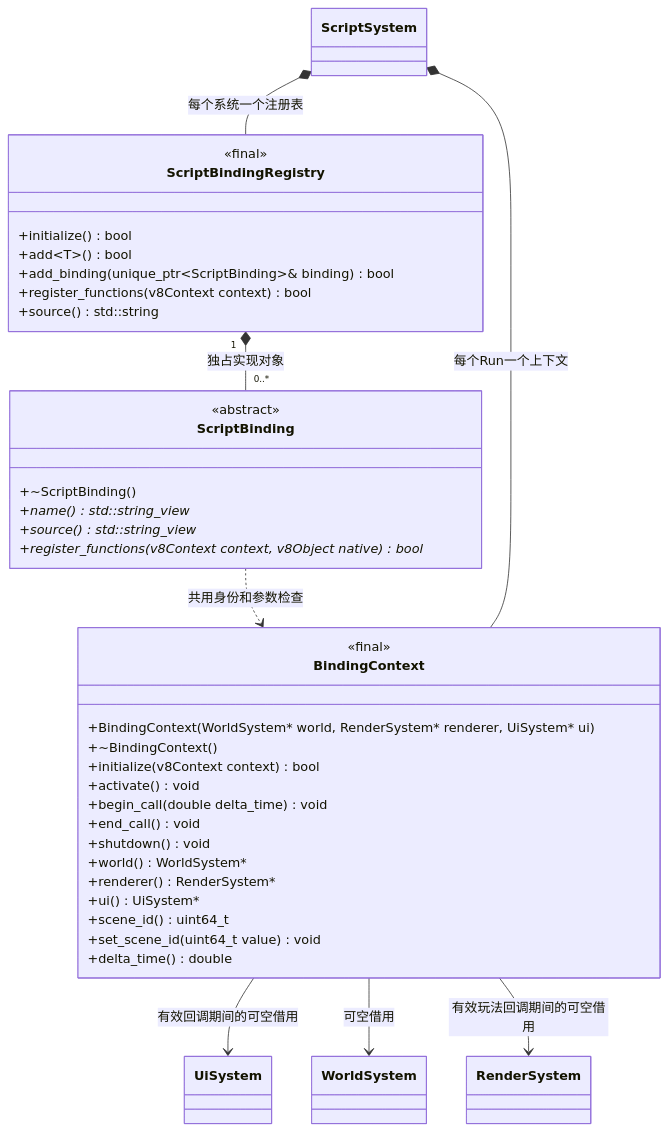
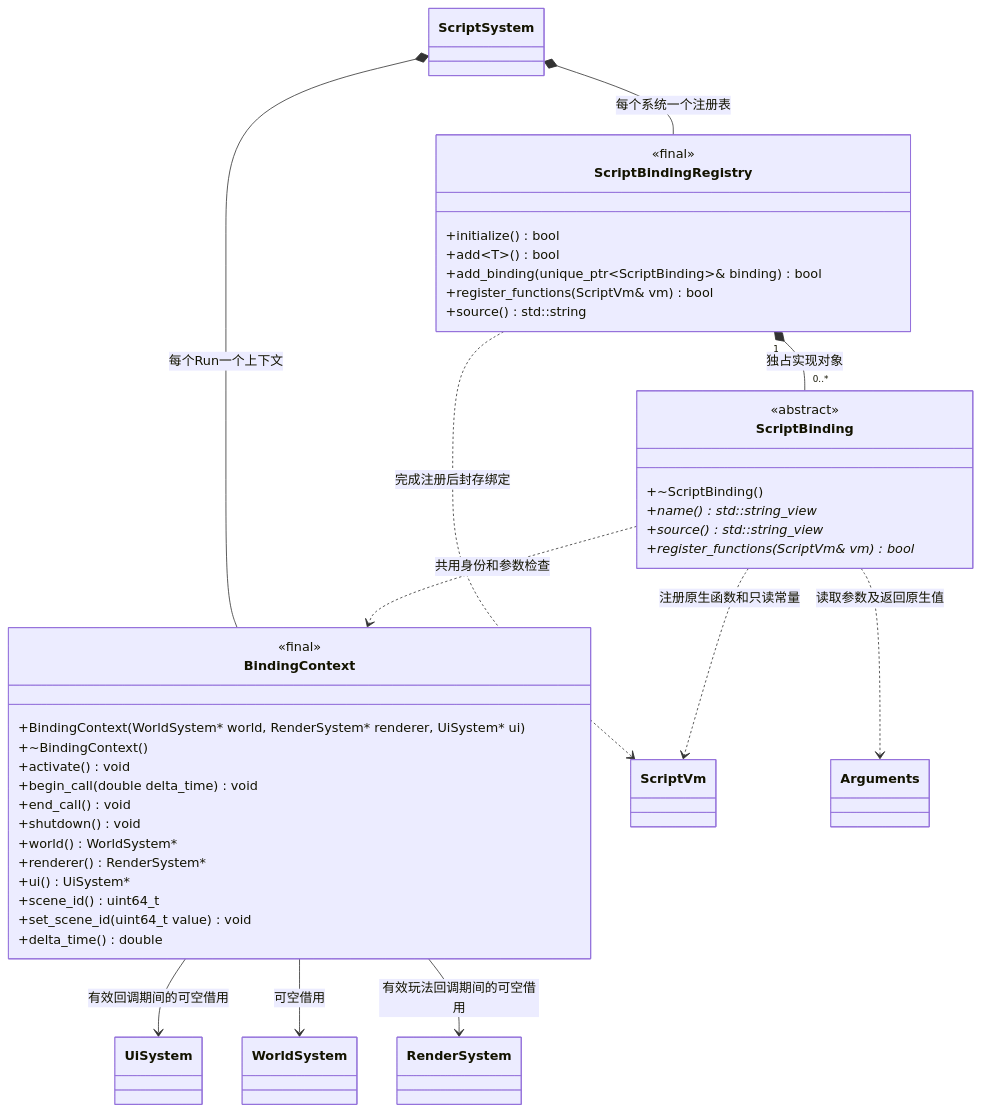
The first of 3 diagrams in docs/plugins/runtime/class-diagrams/script-bindings.md (lcals/Engine), drawn with Mermaid before and after one commit. The commit also changed other lines of this file and 94 other files, not shown here.

````diff
--- a/docs/plugins/runtime/class-diagrams/script-bindings.md
+++ b/docs/plugins/runtime/class-diagrams/script-bindings.md
@@ -9,46 +9,50 @@
 ```mermaid
 classDiagram
     direction TB
     class ScriptBinding {
         <<abstract>>
         +~ScriptBinding()
         +name() std::string_view*
         +source() std::string_view*
-        +register_functions(v8Context context, v8Object native) bool*
+        +register_functions(ScriptVm& vm) bool*
     }
     class ScriptBindingRegistry {
         <<final>>
         +initialize() bool
         +add~T~() bool
         +add_binding(unique_ptr~ScriptBinding~& binding) bool
-        +register_functions(v8Context context) bool
+        +register_functions(ScriptVm& vm) bool
         +source() std::string
     }
     class BindingContext {
         <<final>>
         +BindingContext(WorldSystem#42; world, RenderSystem#42; renderer, UiSystem#42; ui)
         +~BindingContext()
-        +initialize(v8Context context) bool
         +activate() void
         +begin_call(double delta_time) void
         +end_call() void
         +shutdown() void
         +world() WorldSystem#42;
         +renderer() RenderSystem#42;
         +ui() UiSystem#42;
         +scene_id() uint64_t
         +set_scene_id(uint64_t value) void
         +delta_time() double
     }
+    class ScriptVm
+    class Arguments
     class ScriptSystem
     class WorldSystem
     class RenderSystem
     class UiSystem
     ScriptBindingRegistry "1" *-- "0..*" ScriptBinding : 独占实现对象
+    ScriptBinding ..> ScriptVm : 注册原生函数和只读常量
+    ScriptBinding ..> Arguments : 读取参数及返回原生值
     ScriptBinding ..> BindingContext : 共用身份和参数检查
+    ScriptBindingRegistry ..> ScriptVm : 完成注册后封存绑定
     ScriptSystem *-- ScriptBindingRegistry : 每个系统一个注册表
     ScriptSystem *-- BindingContext : 每个Run一个上下文
     BindingContext --> UiSystem : 有效回调期间的可空借用
     BindingContext --> WorldSystem : 可空借用
     BindingContext --> RenderSystem : 有效玩法回调期间的可空借用
 ```
````
